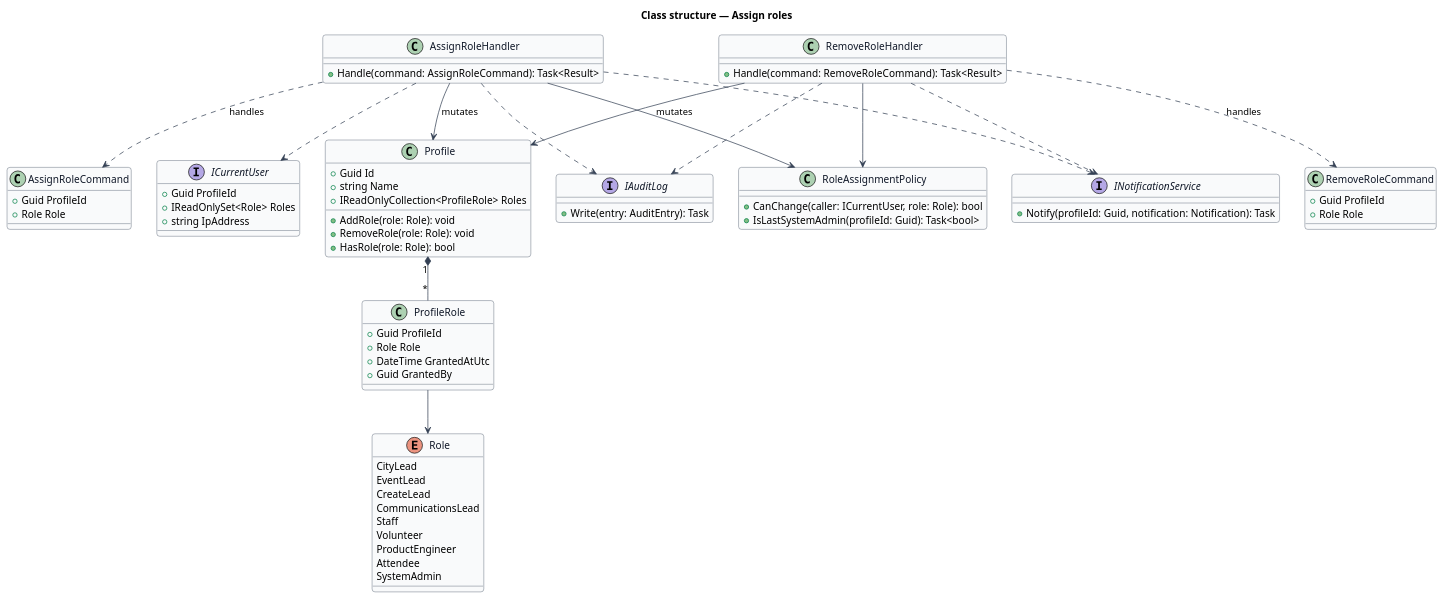
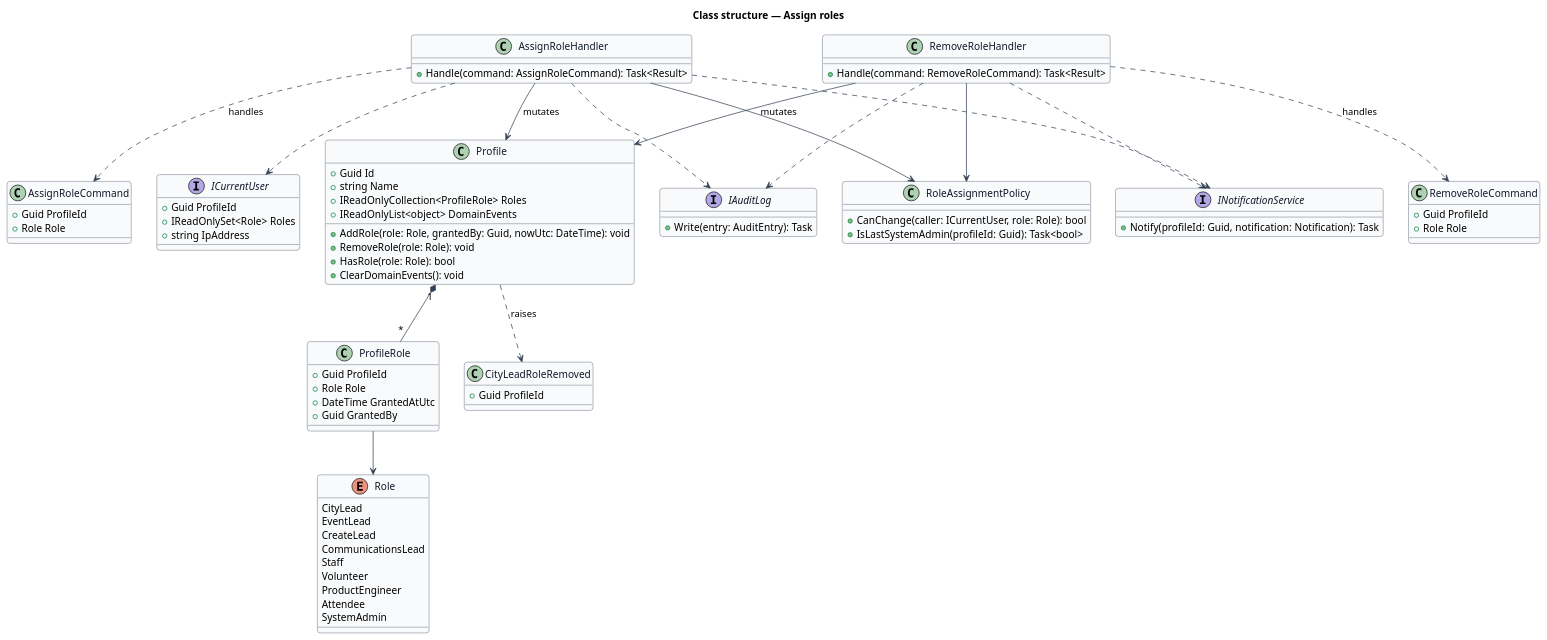
The diagram in docs/detailed-designs/admin/assign-roles/diagrams/class-structure.puml (QuinntyneBrown/faithtech-community), drawn with PlantUML before and after one commit. The commit also changed 96 other files, not shown here.

```diff
--- a/docs/detailed-designs/admin/assign-roles/diagrams/class-structure.puml
+++ b/docs/detailed-designs/admin/assign-roles/diagrams/class-structure.puml
@@ -1,80 +1,86 @@
 @startuml
 skinparam backgroundColor #FFFFFF
 skinparam shadowing false
 skinparam roundcorner 8
 skinparam defaultFontName Arial
 skinparam ArrowColor #344054
 skinparam class {
   BorderColor #344054
   FontColor #101828
   BackgroundColor #F9FAFB
 }
 title Class structure — Assign roles
 enum Role {
   CityLead
   EventLead
   CreateLead
   CommunicationsLead
   Staff
   Volunteer
   ProductEngineer
   Attendee
   SystemAdmin
 }
 class Profile {
   +Guid Id
   +string Name
   +IReadOnlyCollection<ProfileRole> Roles
-  +AddRole(role: Role): void
+  +IReadOnlyList<object> DomainEvents
+  +AddRole(role: Role, grantedBy: Guid, nowUtc: DateTime): void
   +RemoveRole(role: Role): void
   +HasRole(role: Role): bool
+  +ClearDomainEvents(): void
+}
+class CityLeadRoleRemoved {
+  +Guid ProfileId
 }
 class ProfileRole {
   +Guid ProfileId
   +Role Role
   +DateTime GrantedAtUtc
   +Guid GrantedBy
 }
 class AssignRoleCommand {
   +Guid ProfileId
   +Role Role
 }
 class RemoveRoleCommand {
   +Guid ProfileId
   +Role Role
 }
 class RoleAssignmentPolicy {
   +CanChange(caller: ICurrentUser, role: Role): bool
   +IsLastSystemAdmin(profileId: Guid): Task<bool>
 }
 class AssignRoleHandler {
   +Handle(command: AssignRoleCommand): Task<Result>
 }
 class RemoveRoleHandler {
   +Handle(command: RemoveRoleCommand): Task<Result>
 }
 interface ICurrentUser {
   +Guid ProfileId
   +IReadOnlySet<Role> Roles
   +string IpAddress
 }
 interface IAuditLog {
   +Write(entry: AuditEntry): Task
 }
 interface INotificationService {
   +Notify(profileId: Guid, notification: Notification): Task
 }
 Profile "1" *-- "*" ProfileRole
 ProfileRole --> Role
+Profile ..> CityLeadRoleRemoved : raises
 AssignRoleHandler ..> AssignRoleCommand : handles
 RemoveRoleHandler ..> RemoveRoleCommand : handles
 AssignRoleHandler --> RoleAssignmentPolicy
 RemoveRoleHandler --> RoleAssignmentPolicy
 AssignRoleHandler --> Profile : mutates
 RemoveRoleHandler --> Profile : mutates
 AssignRoleHandler ..> ICurrentUser
 AssignRoleHandler ..> IAuditLog
 AssignRoleHandler ..> INotificationService
 RemoveRoleHandler ..> IAuditLog
 RemoveRoleHandler ..> INotificationService
 @enduml
```
